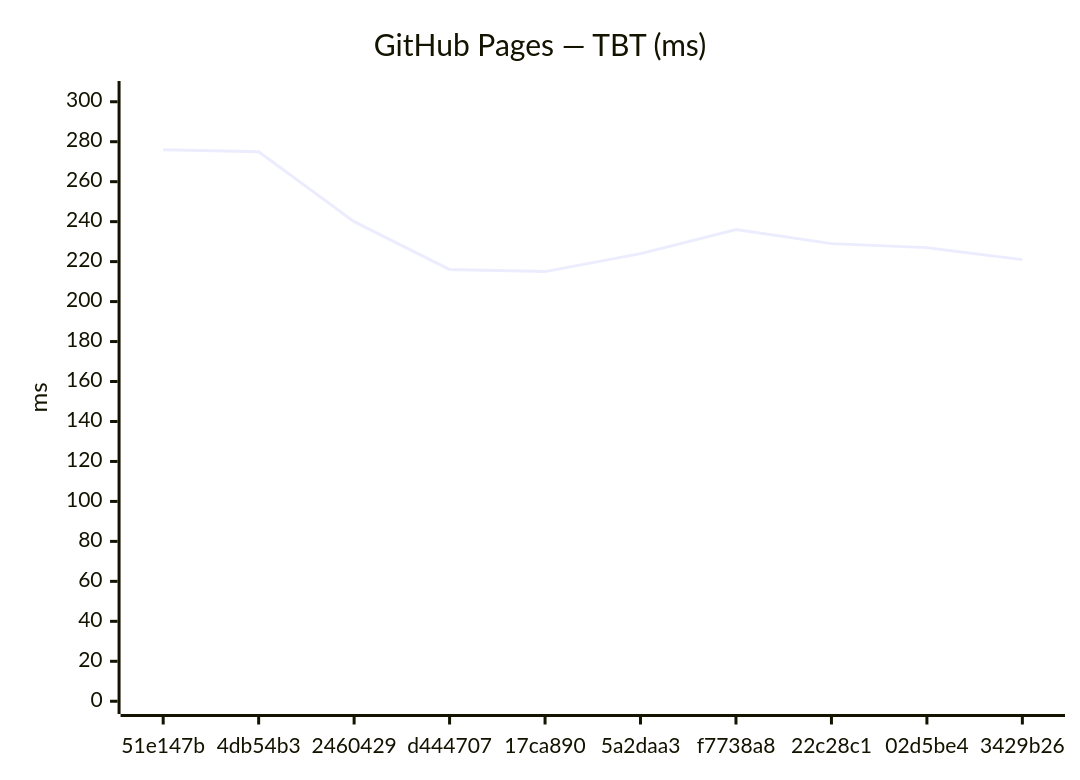
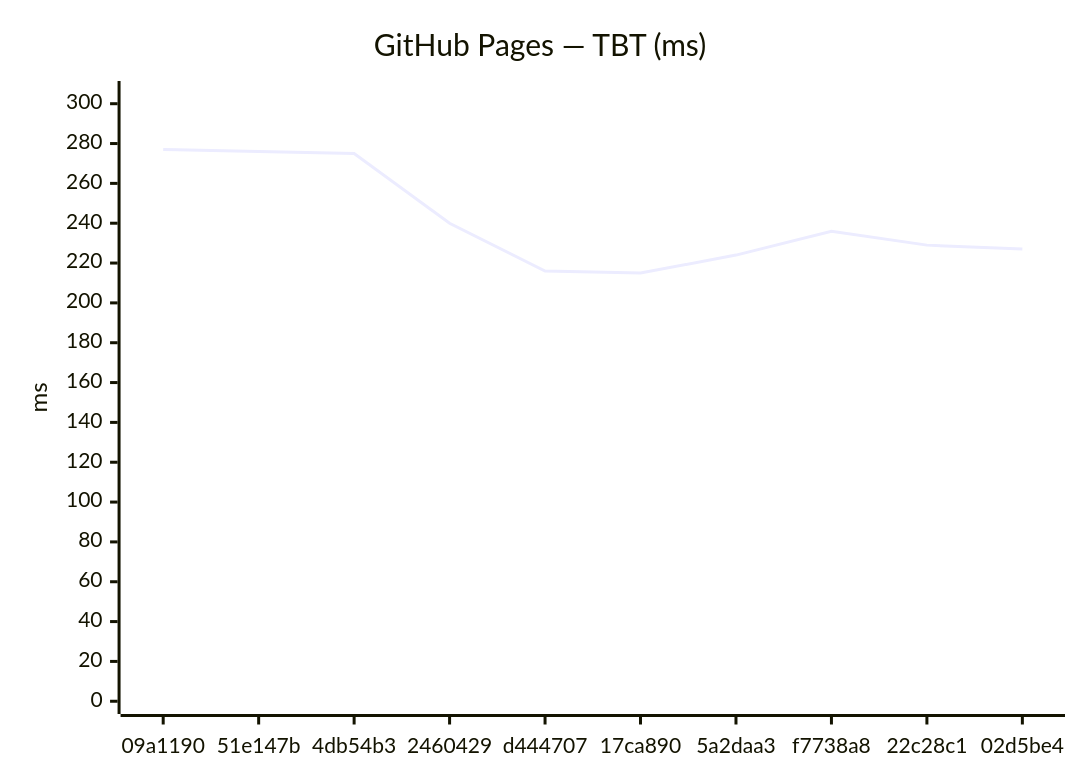
Before and after one commit to Metaheurist/Rianell: the fourth of 18 diagrams in benchmarks/compare.md, drawn with Mermaid. The commit also changed other lines of this file and 11 other files, not shown here.

````diff
--- a/benchmarks/compare.md
+++ b/benchmarks/compare.md
@@ -61,7 +61,7 @@
 ```mermaid
 xychart-beta
     title "GitHub Pages — TBT (ms)"
-    x-axis ["51e147b", "4db54b3", "2460429", "d444707", "17ca890", "5a2daa3", "f7738a8", "22c28c1", "02d5be4", "3429b26"]
-    y-axis "ms" 0 --> 304
-    line [276, 275, 240, 216, 215, 224, 236, 229, 227, 221]
+    x-axis ["09a1190", "51e147b", "4db54b3", "2460429", "d444707", "17ca890", "5a2daa3", "f7738a8", "22c28c1", "02d5be4"]
+    y-axis "ms" 0 --> 305
+    line [277, 276, 275, 240, 216, 215, 224, 236, 229, 227]
 ```
````
